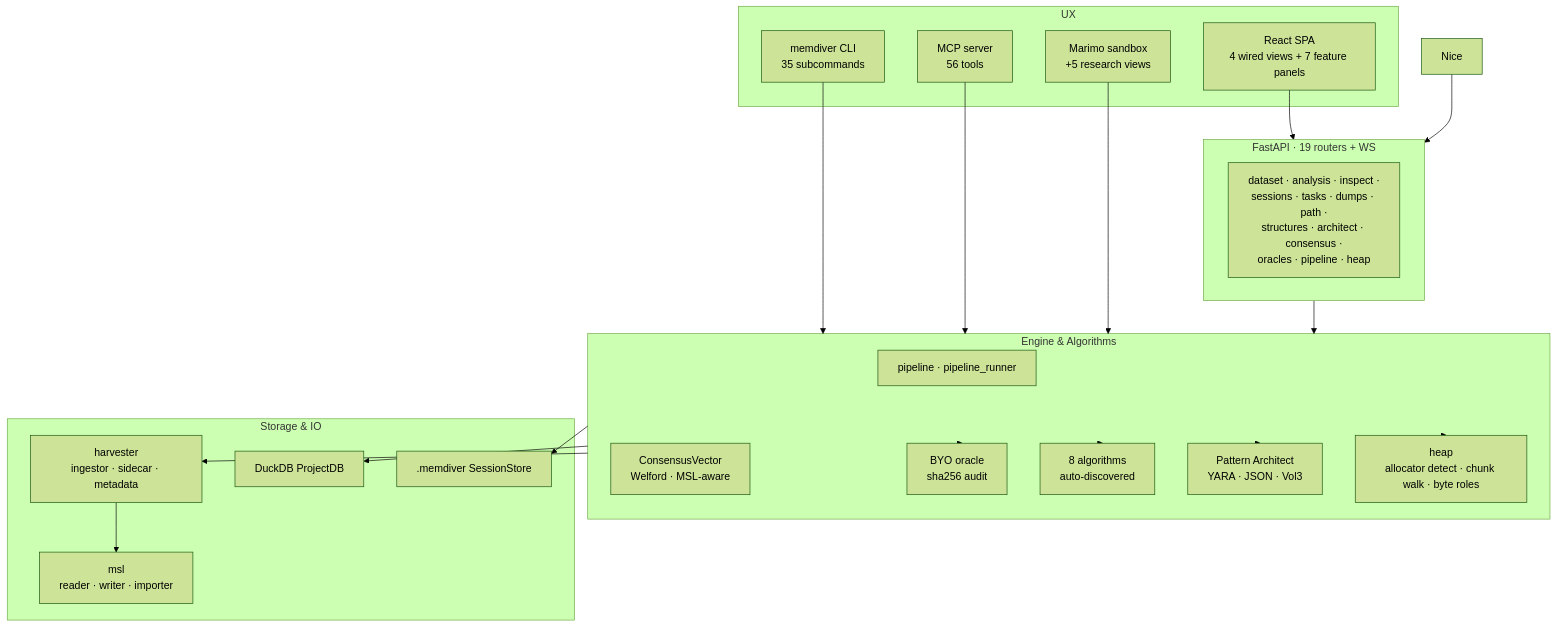
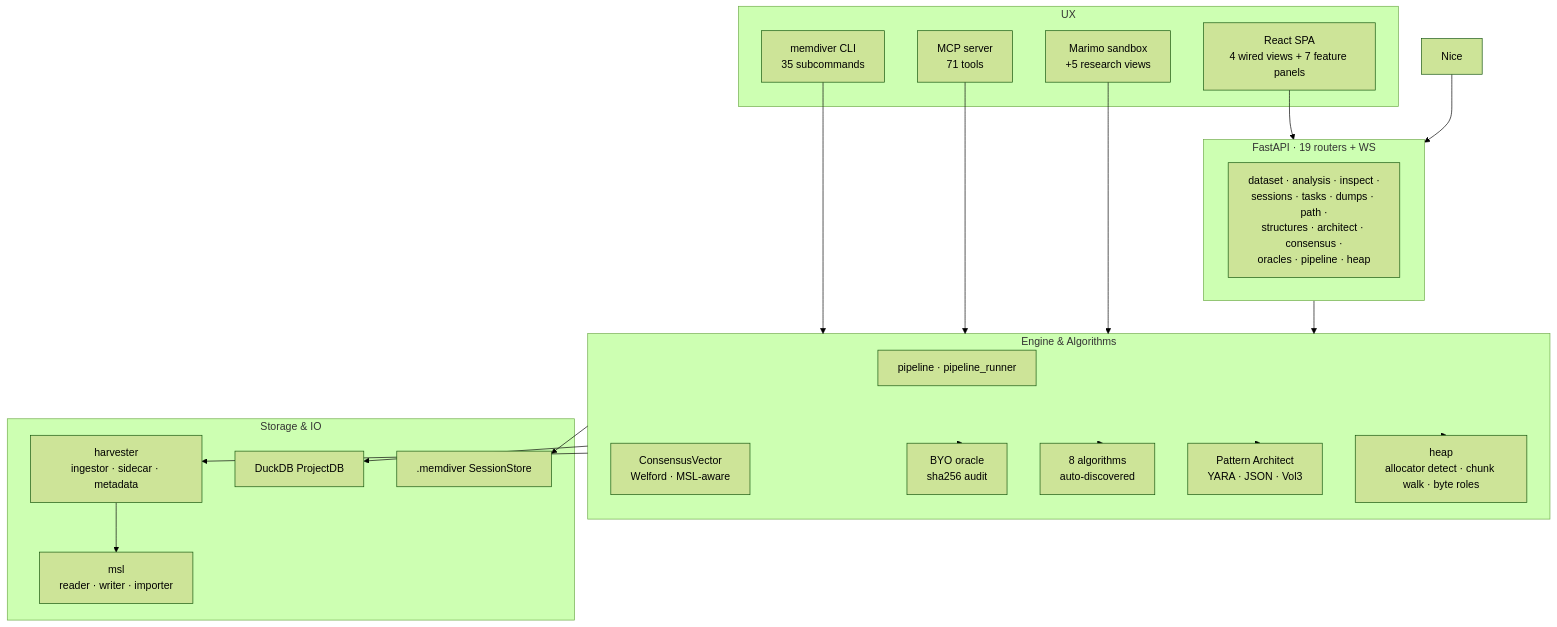
One commit to MemorySlice/MemDiver changed the diagram in docs/architecture/index.md. Above: the diagram before and after it, drawn with Mermaid (forest theme). The commit also changed 92 other files, not shown here.

````diff
--- a/docs/architecture/index.md
+++ b/docs/architecture/index.md
@@ -9,40 +9,40 @@
 ```{mermaid}
 flowchart TB
     subgraph UX
         Web[React SPA<br/>4 wired views + 7 feature panels]
         CLI[memdiver CLI<br/>35 subcommands]
-        MCP[MCP server<br/>56 tools]
+        MCP[MCP server<br/>71 tools]
         Marimo[Marimo sandbox<br/>+5 research views]
     end
     subgraph API[FastAPI · 19 routers + WS]
         Routers[dataset · analysis · inspect ·<br/>sessions · tasks · dumps · path ·<br/>structures · architect · consensus ·<br/>oracles · pipeline · heap]
     end
     subgraph Engine[Engine &amp; Algorithms]
         Pipeline[pipeline · pipeline_runner]
         Consensus[ConsensusVector<br/>Welford · MSL-aware]
         Oracle[BYO oracle<br/>sha256 audit]
         Algos[8 algorithms<br/>auto-discovered]
         Architect[Pattern Architect<br/>YARA · JSON · Vol3]
         Heap[heap<br/>allocator detect · chunk walk · byte roles]
     end
     subgraph Storage[Storage &amp; IO]
         Harvester[harvester<br/>ingestor · sidecar · metadata]
         MSL[msl<br/>reader · writer · importer]
         ProjectDB[DuckDB ProjectDB]
         Sessions[.memdiver SessionStore]
     end
     Web --> API
     CLI --> Engine
     MCP --> Engine
     Marimo --> Engine
     Nice --> API
     API --> Engine
     Engine --> Algos
     Engine --> Oracle
     Engine --> Architect
     Engine --> Heap
     Engine --> Harvester
     Harvester --> MSL
     Engine --> ProjectDB
     Engine --> Sessions
 ```
````
